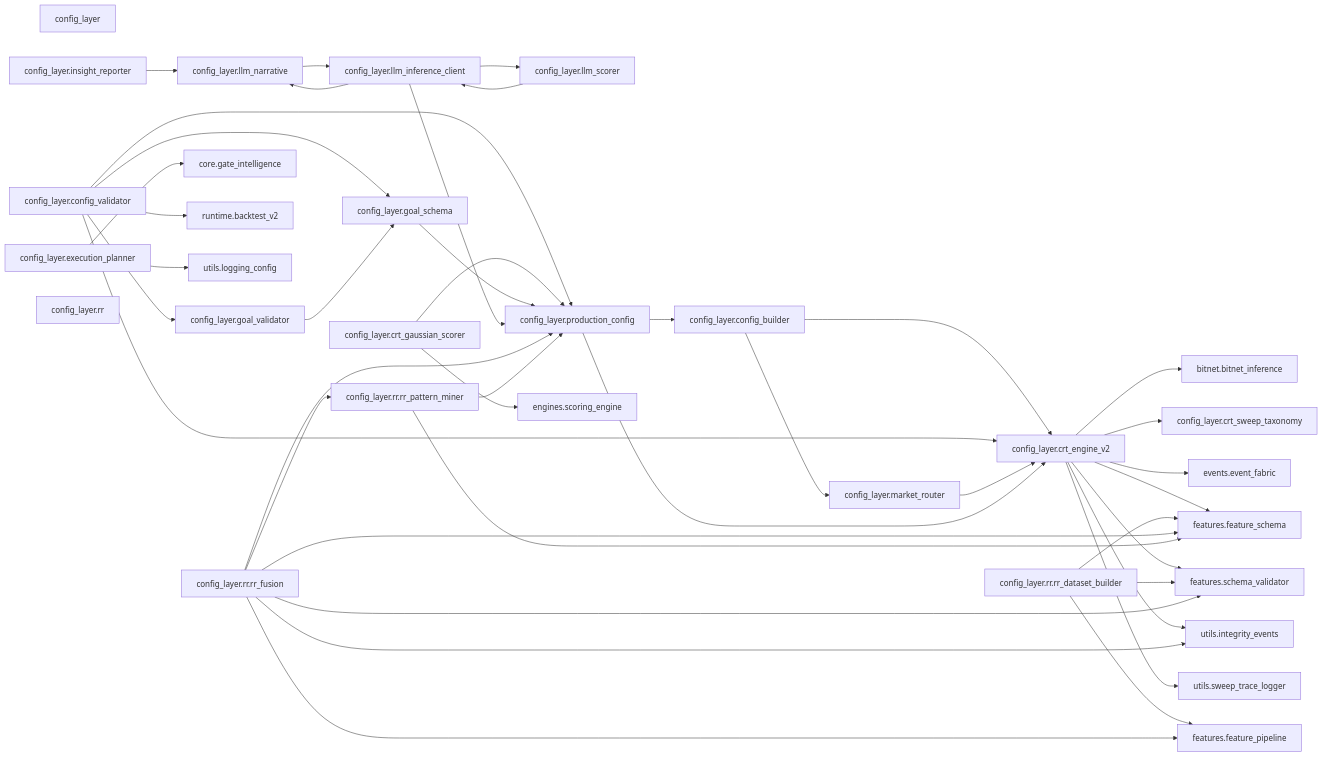
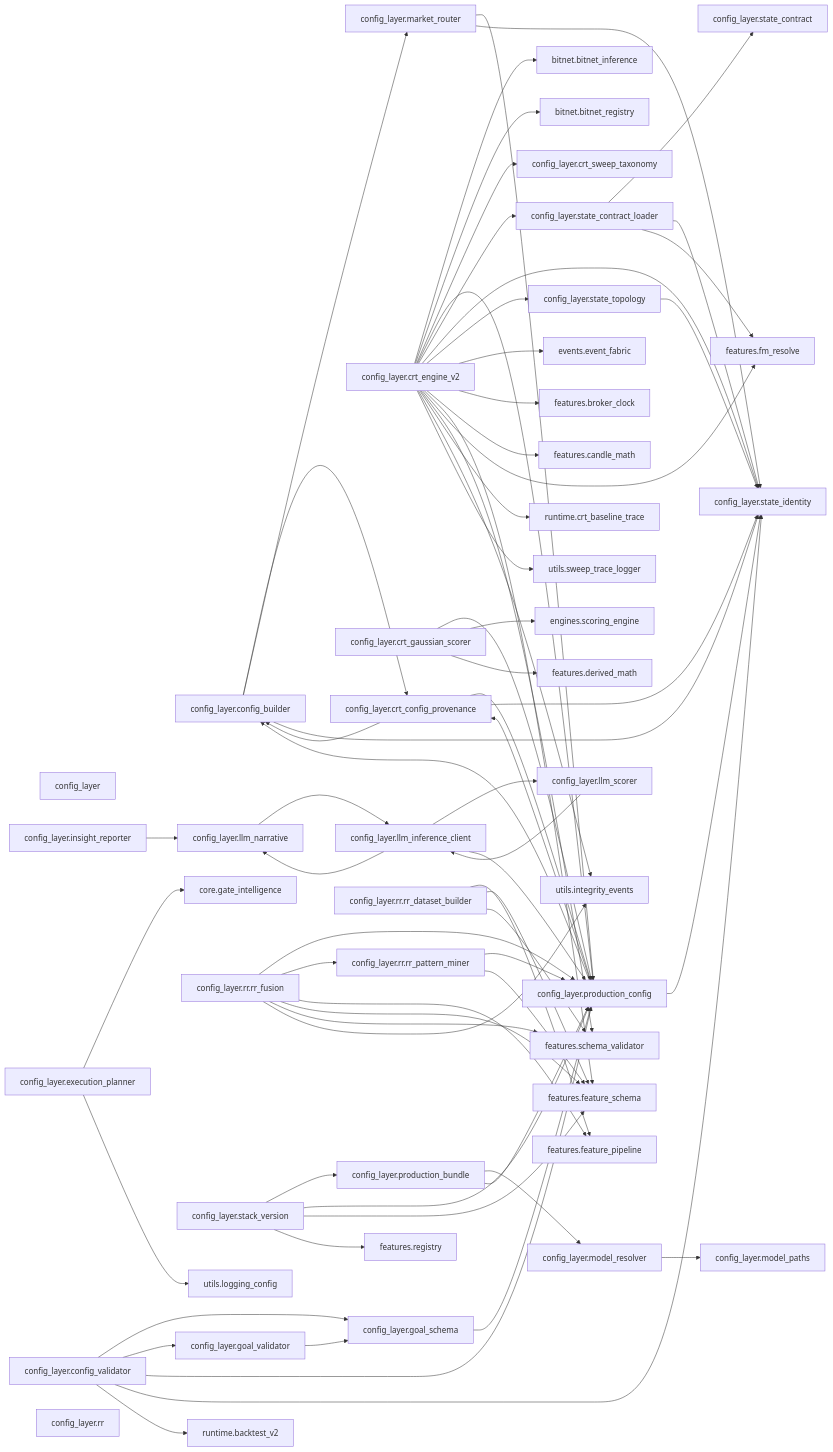
The sixth of 38 diagrams in docs/architecture/code-map.generated.md (Chaithu1995-0312/TradeHlt), drawn with Mermaid before and after one commit. The commit also changed other lines of this file and 159 other files, not shown here.

````diff
--- a/docs/architecture/code-map.generated.md
+++ b/docs/architecture/code-map.generated.md
@@ -336,6 +429,7 @@
     config_layer["config_layer"]
     config_layer_config_builder["config_layer.config_builder"]
     config_layer_config_validator["config_layer.config_validator"]
+    config_layer_crt_config_provenance["config_layer.crt_config_provenance"]
     config_layer_crt_engine_v2["config_layer.crt_engine_v2"]
     config_layer_crt_gaussian_scorer["config_layer.crt_gaussian_scorer"]
     config_layer_crt_sweep_taxonomy["config_layer.crt_sweep_taxonomy"]
@@ -347,38 +441,67 @@
     config_layer_llm_narrative["config_layer.llm_narrative"]
     config_layer_llm_scorer["config_layer.llm_scorer"]
     config_layer_market_router["config_layer.market_router"]
+    config_layer_model_paths["config_layer.model_paths"]
+    config_layer_model_resolver["config_layer.model_resolver"]
+    config_layer_production_bundle["config_layer.production_bundle"]
     config_layer_production_config["config_layer.production_config"]
     config_layer_rr["config_layer.rr"]
     config_layer_rr_rr_dataset_builder["config_layer.rr.rr_dataset_builder"]
     config_layer_rr_rr_fusion["config_layer.rr.rr_fusion"]
     config_layer_rr_rr_pattern_miner["config_layer.rr.rr_pattern_miner"]
+    config_layer_stack_version["config_layer.stack_version"]
+    config_layer_state_contract["config_layer.state_contract"]
+    config_layer_state_contract_loader["config_layer.state_contract_loader"]
+    config_layer_state_identity["config_layer.state_identity"]
+    config_layer_state_topology["config_layer.state_topology"]
     bitnet_bitnet_inference["bitnet.bitnet_inference"]
+    bitnet_bitnet_registry["bitnet.bitnet_registry"]
     core_gate_intelligence["core.gate_intelligence"]
     engines_scoring_engine["engines.scoring_engine"]
     events_event_fabric["events.event_fabric"]
+    features_broker_clock["features.broker_clock"]
+    features_candle_math["features.candle_math"]
+    features_derived_math["features.derived_math"]
     features_feature_pipeline["features.feature_pipeline"]
     features_feature_schema["features.feature_schema"]
+    features_fm_resolve["features.fm_resolve"]
+    features_registry["features.registry"]
     features_schema_validator["features.schema_validator"]
     runtime_backtest_v2["runtime.backtest_v2"]
+    runtime_crt_baseline_trace["runtime.crt_baseline_trace"]
     utils_integrity_events["utils.integrity_events"]
     utils_logging_config["utils.logging_config"]
     utils_sweep_trace_logger["utils.sweep_trace_logger"]
-    config_layer_config_builder --> config_layer_crt_engine_v2
+    config_layer_config_builder --> config_layer_crt_config_provenance
     config_layer_config_builder --> config_layer_market_router
-    config_layer_config_validator --> config_layer_crt_engine_v2
+    config_layer_config_builder --> config_layer_state_identity
     config_layer_config_validator --> config_layer_goal_schema
     config_layer_config_validator --> config_layer_goal_validator
     config_layer_config_validator --> config_layer_production_config
+    config_layer_config_validator --> config_layer_state_identity
     config_layer_config_validator --> runtime_backtest_v2
+    config_layer_crt_config_provenance --> config_layer_config_builder
+    config_layer_crt_config_provenance --> config_layer_production_config
+    config_layer_crt_config_provenance --> config_layer_state_identity
     config_layer_crt_engine_v2 --> bitnet_bitnet_inference
+    config_layer_crt_engine_v2 --> bitnet_bitnet_registry
     config_layer_crt_engine_v2 --> config_layer_crt_sweep_taxonomy
+    config_layer_crt_engine_v2 --> config_layer_production_config
+    config_layer_crt_engine_v2 --> config_layer_state_contract_loader
+    config_layer_crt_engine_v2 --> config_layer_state_identity
+    config_layer_crt_engine_v2 --> config_layer_state_topology
     config_layer_crt_engine_v2 --> events_event_fabric
+    config_layer_crt_engine_v2 --> features_broker_clock
+    config_layer_crt_engine_v2 --> features_candle_math
     config_layer_crt_engine_v2 --> features_feature_schema
+    config_layer_crt_engine_v2 --> features_fm_resolve
     config_layer_crt_engine_v2 --> features_schema_validator
+    config_layer_crt_engine_v2 --> runtime_crt_baseline_trace
     config_layer_crt_engine_v2 --> utils_integrity_events
     config_layer_crt_engine_v2 --> utils_sweep_trace_logger
     config_layer_crt_gaussian_scorer --> config_layer_production_config
     config_layer_crt_gaussian_scorer --> engines_scoring_engine
+    config_layer_crt_gaussian_scorer --> features_derived_math
     config_layer_execution_planner --> core_gate_intelligence
     config_layer_execution_planner --> utils_logging_config
     config_layer_goal_schema --> config_layer_production_config
@@ -389,9 +512,14 @@
     config_layer_llm_inference_client --> config_layer_production_config
     config_layer_llm_narrative --> config_layer_llm_inference_client
     config_layer_llm_scorer --> config_layer_llm_inference_client
-    config_layer_market_router --> config_layer_crt_engine_v2
+    config_layer_market_router --> config_layer_production_config
+    config_layer_market_router --> config_layer_state_identity
+    config_layer_model_resolver --> config_layer_model_paths
+    config_layer_production_bundle --> config_layer_model_resolver
+    config_layer_production_bundle --> config_layer_production_config
     config_layer_production_config --> config_layer_config_builder
-    config_layer_production_config --> config_layer_crt_engine_v2
+    config_layer_production_config --> config_layer_crt_config_provenance
+    config_layer_production_config --> config_layer_state_identity
     config_layer_rr_rr_dataset_builder --> features_feature_pipeline
     config_layer_rr_rr_dataset_builder --> features_feature_schema
     config_layer_rr_rr_dataset_builder --> features_schema_validator
@@ -403,4 +531,12 @@
     config_layer_rr_rr_fusion --> utils_integrity_events
     config_layer_rr_rr_pattern_miner --> config_layer_production_config
     config_layer_rr_rr_pattern_miner --> features_feature_schema
+    config_layer_stack_version --> config_layer_production_bundle
+    config_layer_stack_version --> config_layer_production_config
+    config_layer_stack_version --> features_feature_schema
+    config_layer_stack_version --> features_registry
+    config_layer_state_contract_loader --> config_layer_state_contract
+    config_layer_state_contract_loader --> config_layer_state_identity
+    config_layer_state_contract_loader --> features_fm_resolve
+    config_layer_state_topology --> config_layer_state_identity
 ```
````
